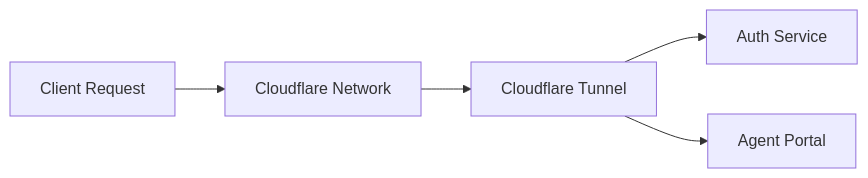
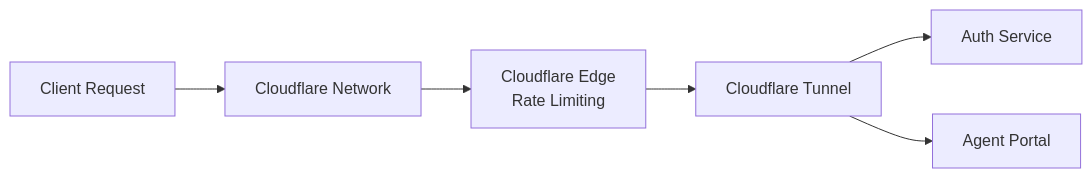
One commit to ritza-co/ngrok-api-gateway-test-app changed the third of 3 diagrams in .ritza/GUIDE.md. Above: the diagram before and after it, drawn with Mermaid. The commit also changed other lines of this file, not shown here.

````diff
--- a/.ritza/GUIDE.md
+++ b/.ritza/GUIDE.md
@@ -52,13 +55,15 @@
 ```mermaid
 graph LR
     A[Client Request]
-B[Cloudflare Network]
+    B[Cloudflare Network]
+    F[Cloudflare Edge<br/>Rate Limiting]
     C[Cloudflare Tunnel]
     D[Auth Service]
     E[Agent Portal]
 
     A --> B
-    B --> C
+    B --> F
+    F --> C
     C --> D
     C --> E
 ```
````
